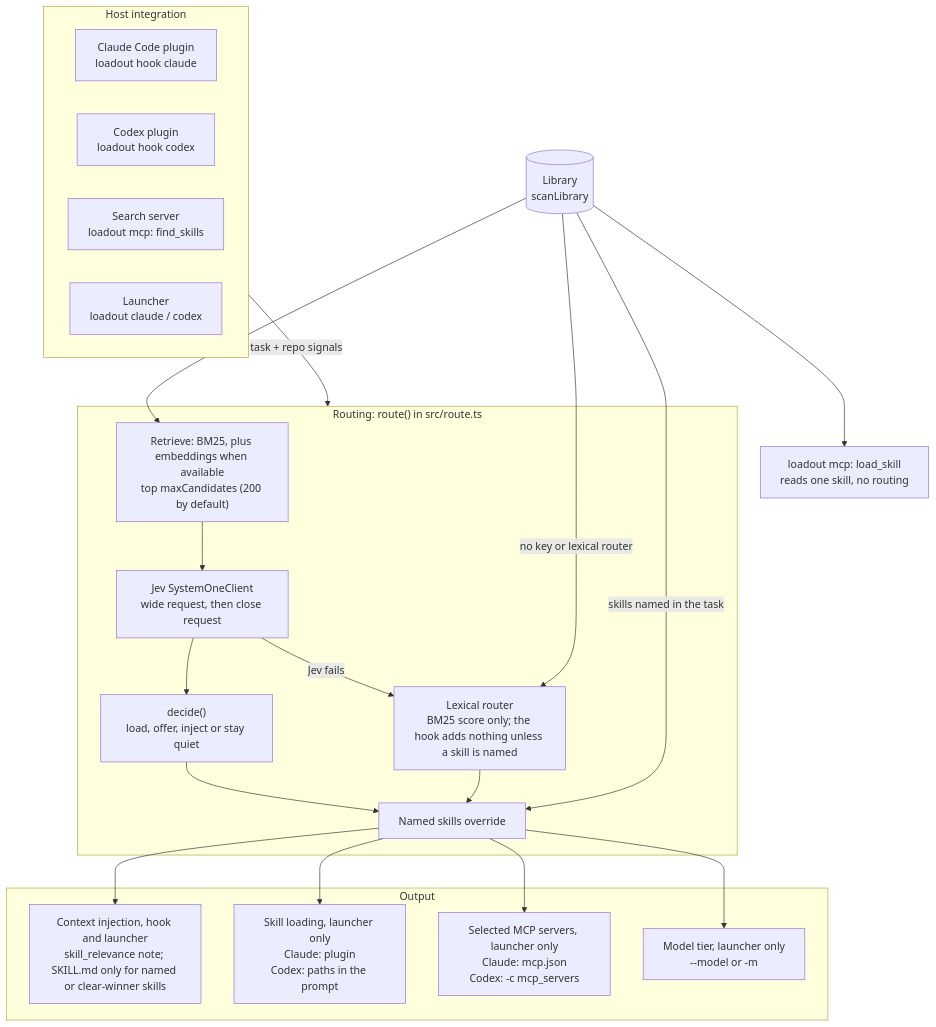
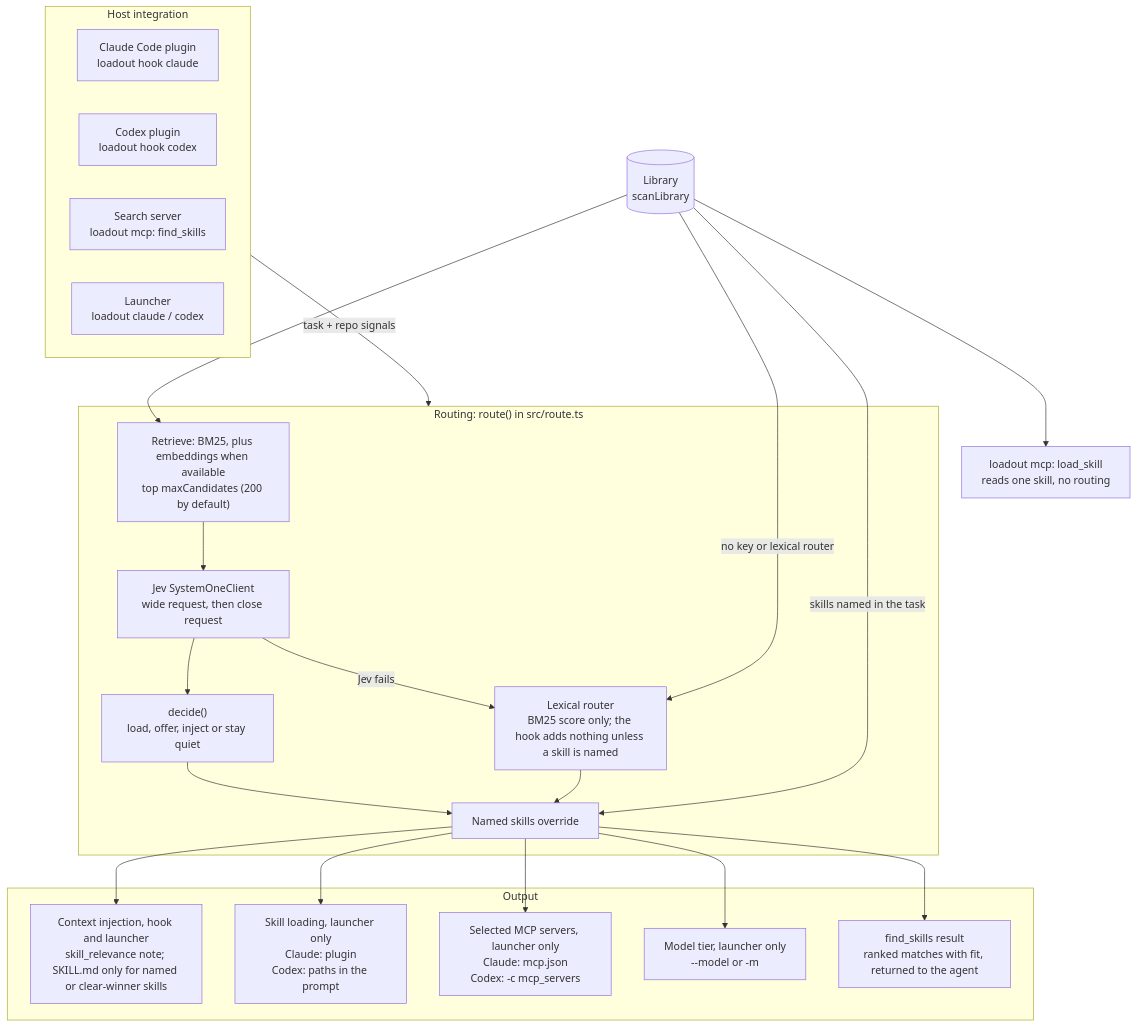
One commit to erik-hedstrom/loadout changed the diagram in DESIGN.md. Above: the diagram before and after it, drawn with Mermaid.

Commit message:
E6: show what find_skills returns
Codex round 7 on #29: the search-server path entered routing but no output
node showed its result; findSkills() turns route()'s scored list into ranked
matches for the agent.

Claude-Session: https://claude.ai/code/session_01HuyR49tfEGYja23caRY2JK

````diff
--- a/DESIGN.md
+++ b/DESIGN.md
@@ -29,42 +29,44 @@
 ```mermaid
 flowchart TB
     subgraph host["Host integration"]
         CH["Claude Code plugin<br/>loadout hook claude"]
         XH["Codex plugin<br/>loadout hook codex"]
         MS["Search server<br/>loadout mcp: find_skills"]
         LA["Launcher<br/>loadout claude / codex"]
     end
 
     LIB[("Library<br/>scanLibrary")]
     LS["loadout mcp: load_skill<br/>reads one skill, no routing"]
 
     subgraph routing["Routing: route() in src/route.ts"]
         RET["Retrieve: BM25, plus embeddings when available<br/>top maxCandidates (200 by default)"]
         JEV["Jev SystemOneClient<br/>wide request, then close request"]
         DEC["decide()<br/>load, offer, inject or stay quiet"]
         LEX["Lexical router<br/>BM25 score only; the hook adds nothing unless a skill is named"]
         MEN["Named skills override"]
         RET --> JEV
         JEV -->|"Jev fails"| LEX
         JEV --> DEC
         DEC --> MEN
         LEX --> MEN
     end
 
     subgraph out["Output"]
         CTX["Context injection, hook and launcher<br/>skill_relevance note; SKILL.md only for named or clear-winner skills"]
         SKL["Skill loading, launcher only<br/>Claude: plugin<br/>Codex: paths in the prompt"]
         MCPS["Selected MCP servers, launcher only<br/>Claude: mcp.json<br/>Codex: -c mcp_servers"]
         TIER["Model tier, launcher only<br/>--model or -m"]
+        FSR["find_skills result<br/>ranked matches with fit, returned to the agent"]
     end
 
     host -->|"task + repo signals"| routing
     LIB --> RET
     LIB -->|"no key or lexical router"| LEX
     LIB -->|"skills named in the task"| MEN
     LIB --> LS
     MEN --> CTX
     MEN --> SKL
     MEN --> MCPS
     MEN --> TIER
+    MEN --> FSR
 ```
````
